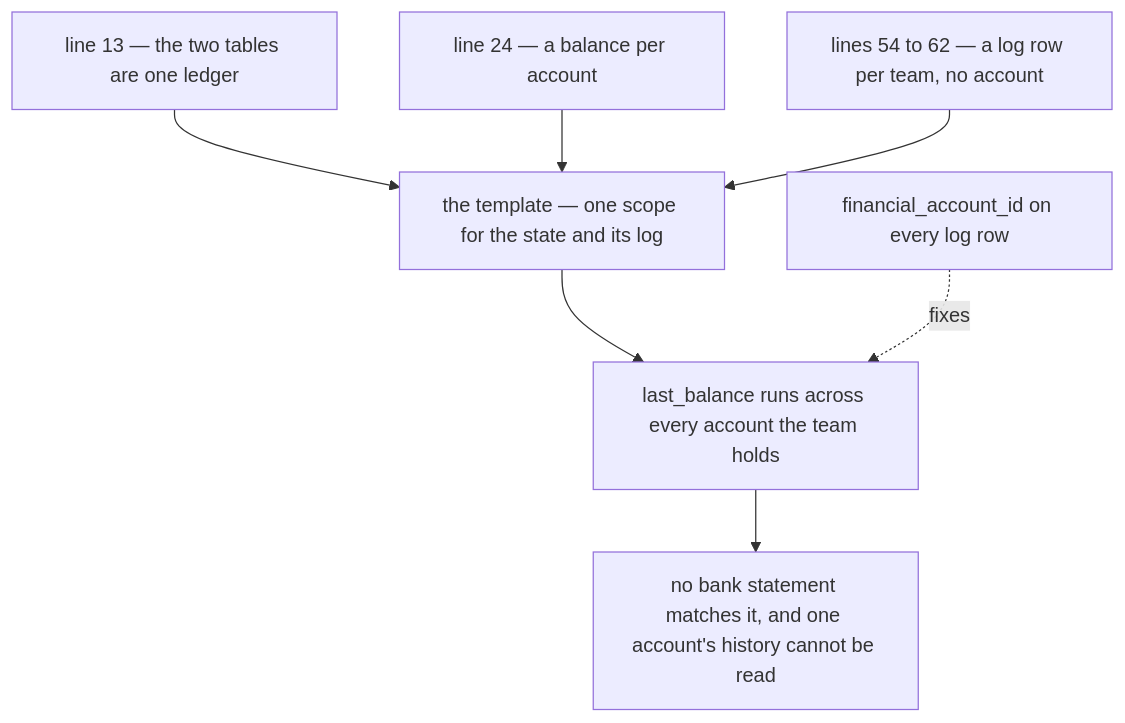
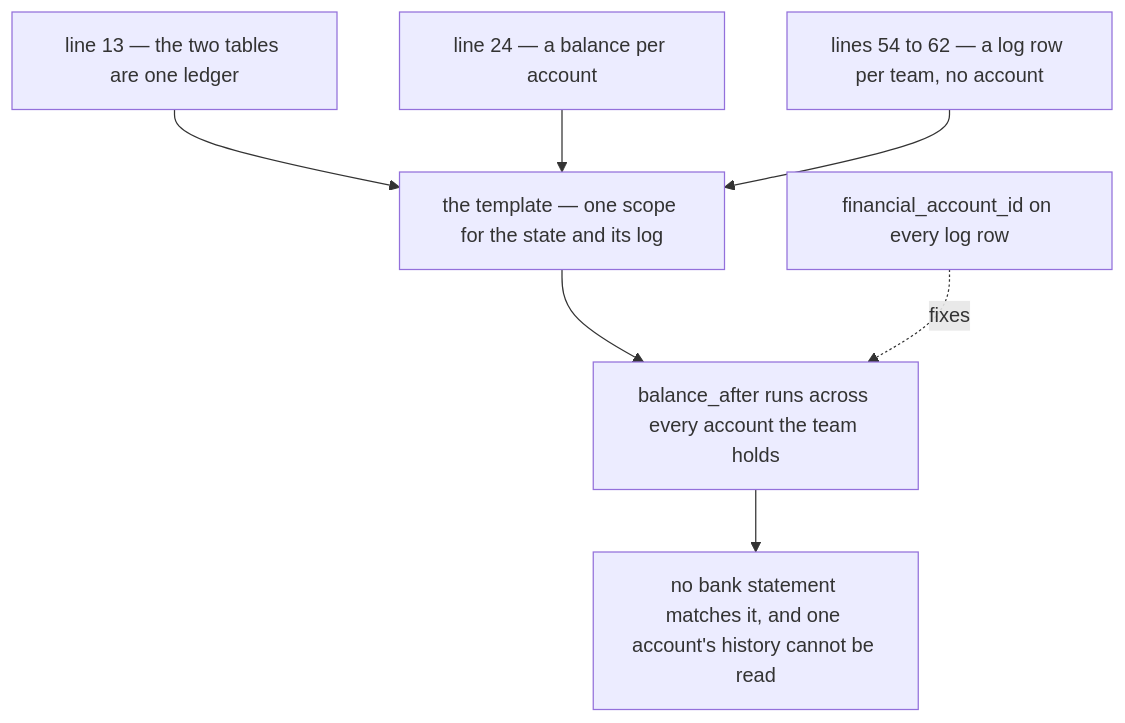
The sixth of 6 diagrams in docs/business/financial_account/context_clarify.md (pdcgo/warehouse_revamp), drawn with Mermaid before and after one commit. The commit also changed other lines of this file and 3 other files, not shown here.

First line of the commit message:
financial_account: record adjustment-is-for-reconciling-only and the-log-says-balance-after

````diff
--- a/docs/business/financial_account/context_clarify.md
+++ b/docs/business/financial_account/context_clarify.md
@@ -376,9 +375,9 @@
 ```mermaid
 flowchart TB
   L13["line 13 — the two tables are one ledger"] --> T["the template — one scope for the state and its log"]
   S["line 24 — a balance per account"] --> T
   G["lines 54 to 62 — a log row per team, no account"] --> T
-  T --> X["last_balance runs across every account the team holds"]
+  T --> X["balance_after runs across every account the team holds"]
   X --> Y["no bank statement matches it, and one account's history cannot be read"]
   F["financial_account_id on every log row"] -.->|"fixes"| X
 ```
````
